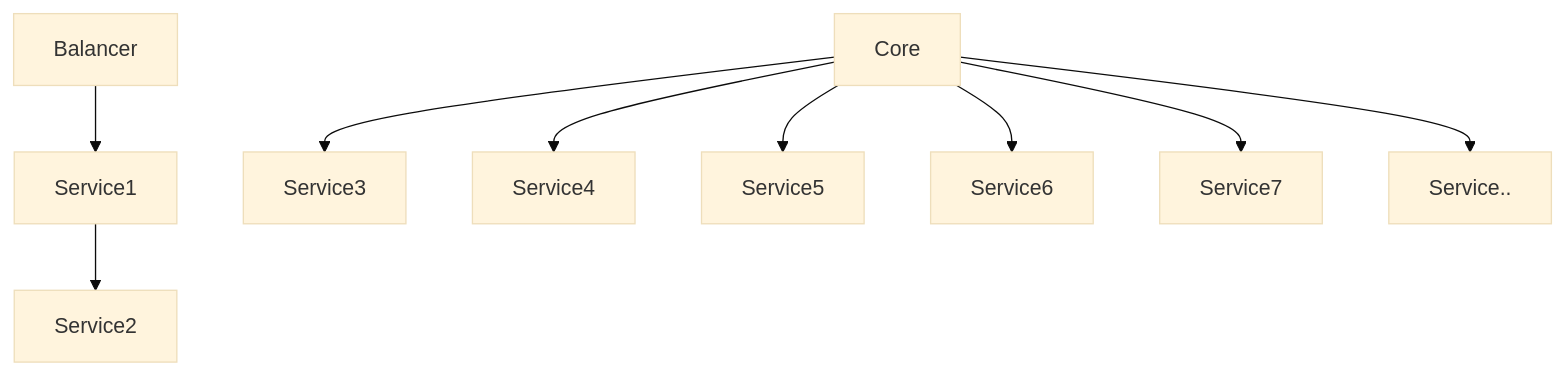
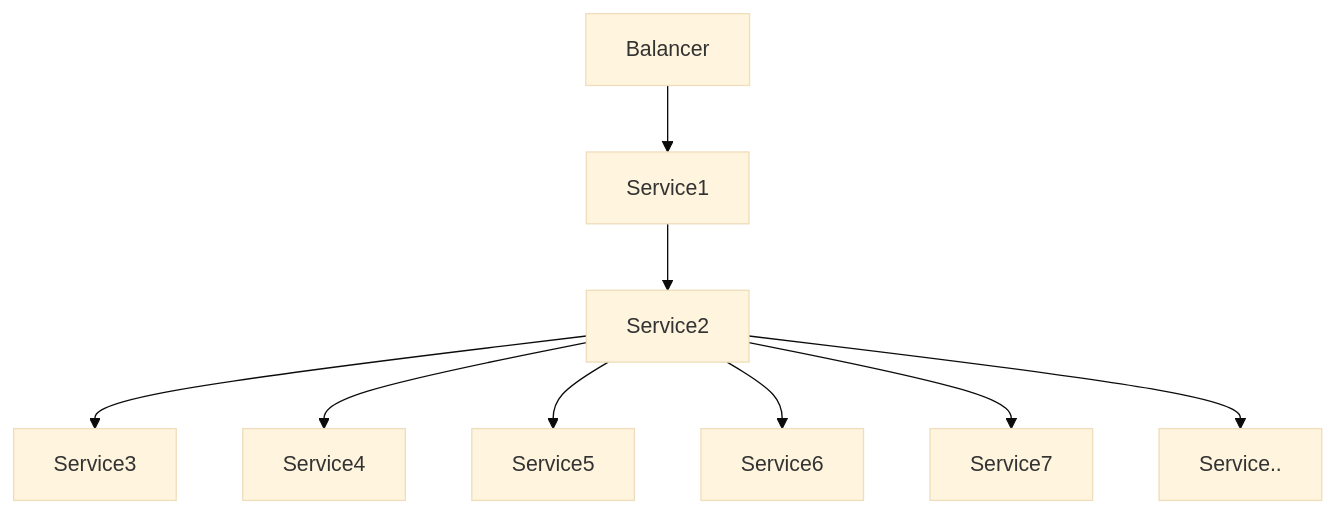
Before and after one commit to dnlwrn01/dal-vpc-tf-ans-config: the diagram in README.md, drawn with Mermaid (base theme).

````diff
--- a/README.md
+++ b/README.md
@@ -19,5 +19,5 @@
 ``` mermaid
         graph TD
             Balancer --> Service1 --> Service2
-            Core --> Service3 & Service4 & Service5 & Service6 & Service7 & Service..
+            Service2 --> Service3 & Service4 & Service5 & Service6 & Service7 & Service..
 ```
````
